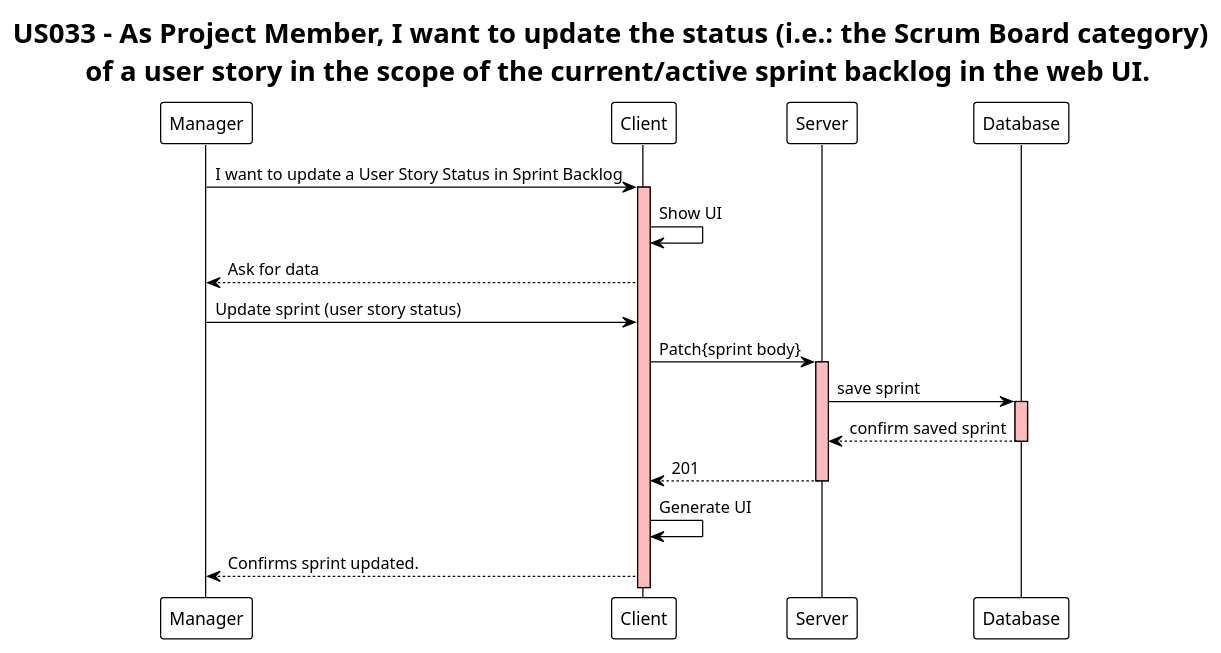
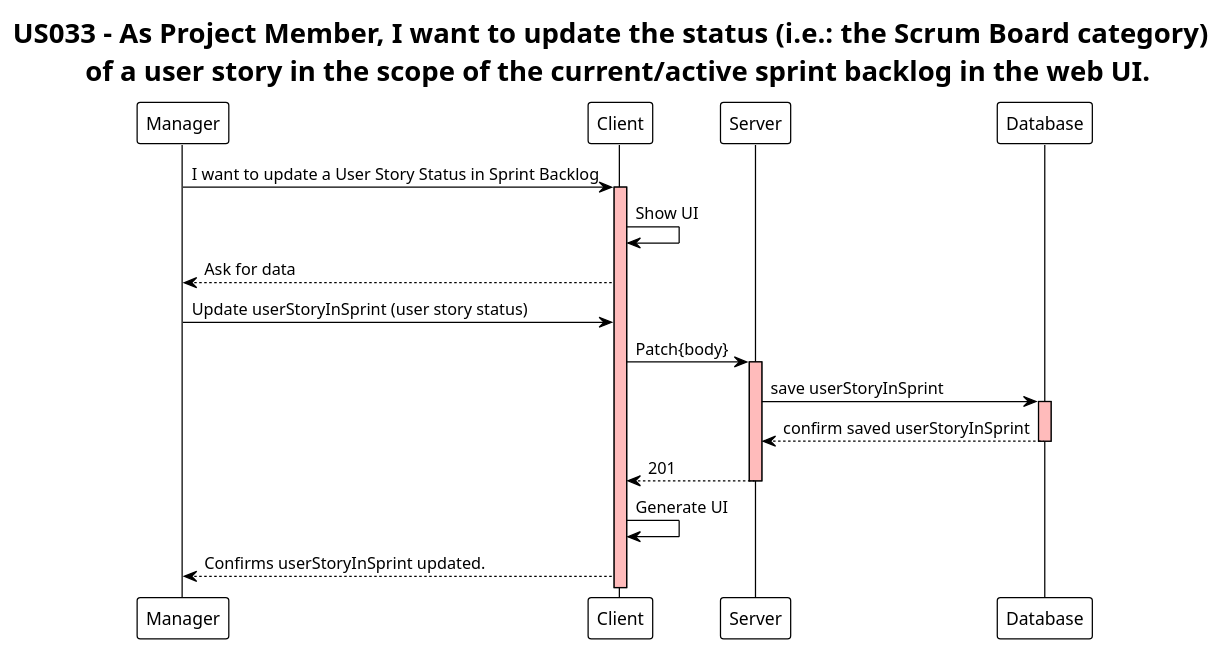
The diagram in docs/modelling_design/user_stories/us033/ProcessView_Level2_US033.puml (ivo-menezes/project_g3), drawn with PlantUML before and after one commit. The commit also changed 1 other file, not shown here.

Commit message:
T714: Design: US033 - UpdateUsInSprintStatus ProcessView and Class Diagram(Addresses #197)

```diff
--- a/docs/modelling_design/user_stories/us033/ProcessView_Level2_US033.puml
+++ b/docs/modelling_design/user_stories/us033/ProcessView_Level2_US033.puml
@@ -1,28 +1,28 @@
 @startuml
 !theme plain
 skinparam sequence {
 LifeLineBackgroundColor #FFBBBB
 }
 title US033 - As Project Member, I want to update the status (i.e.: the Scrum Board category) \n of a user story in the scope of the current/active sprint backlog in the web UI.
 
 participant Manager
 participant Client
 participant Server
 participant Database
 
 Manager -> Client: I want to update a User Story Status in Sprint Backlog
 activate Client
 Client -> Client: Show UI
 Client --> Manager: Ask for data
-Manager -> Client: Update sprint (user story status)
-Client -> Server: Patch{sprint body}
+Manager -> Client: Update userStoryInSprint (user story status)
+Client -> Server: Patch{body}
 activate Server
-Server -> Database: save sprint
+Server -> Database: save userStoryInSprint
 activate Database
-Database --> Server: confirm saved sprint
+Database --> Server: confirm saved userStoryInSprint
 deactivate Database
 Server --> Client: 201
 deactivate Server
 Client -> Client: Generate UI
-Manager <-- Client: Confirms sprint updated.
+Manager <-- Client: Confirms userStoryInSprint updated.
 @enduml
```
